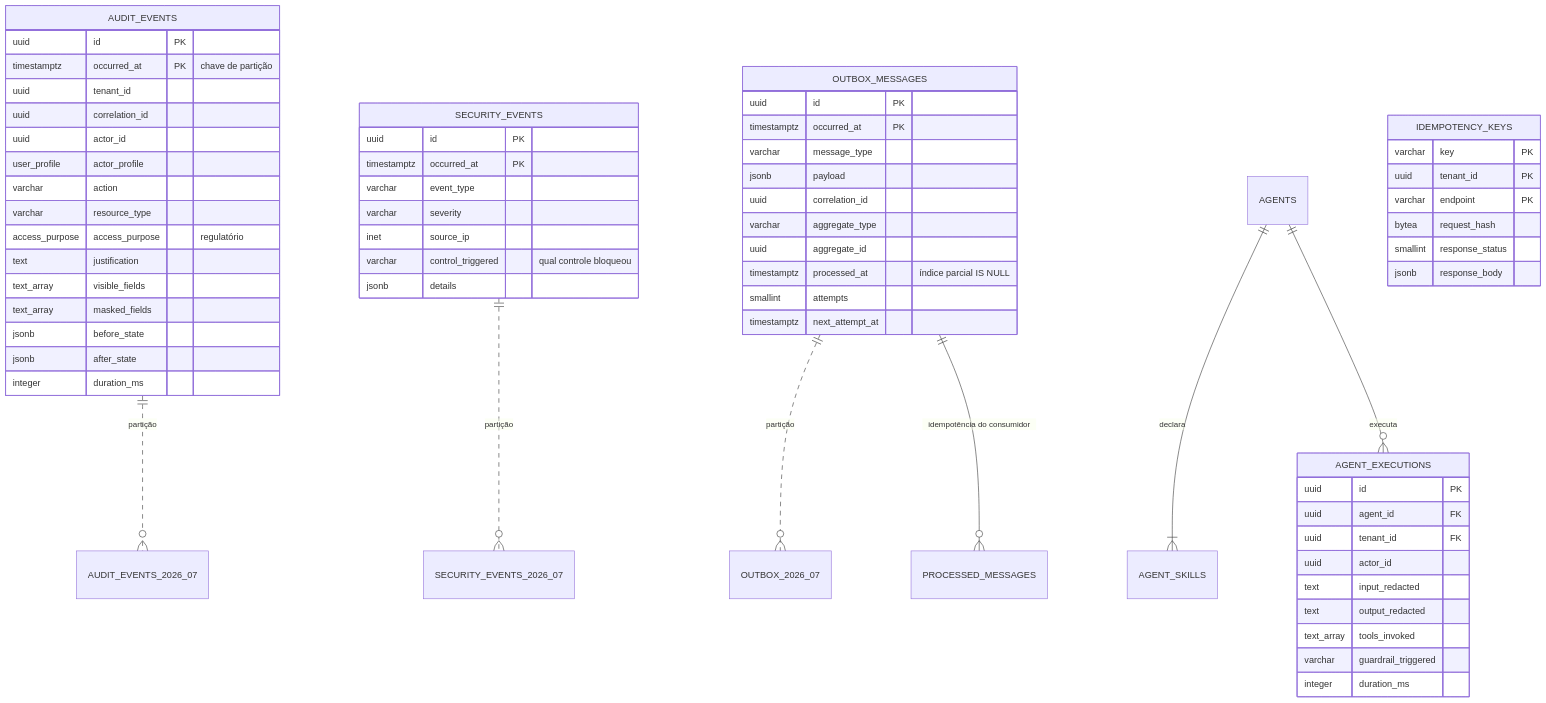
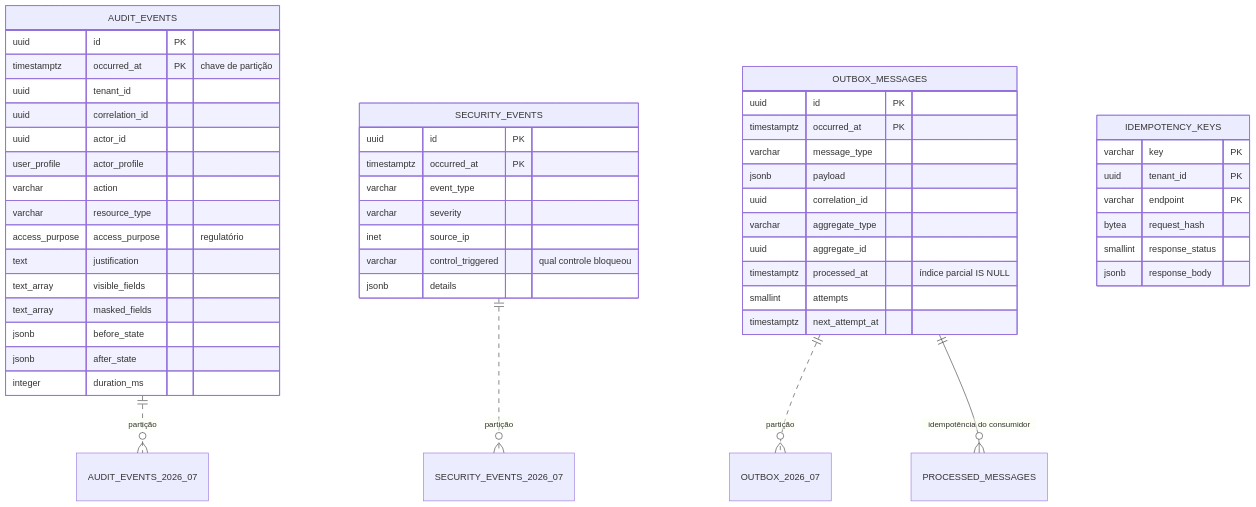
The fourth of 4 diagrams in docs/database/er-diagram.md (volksec/0009098), drawn with Mermaid before and after one commit. The commit also changed other lines of this file and 16 other files, not shown here.

````diff
--- a/docs/database/er-diagram.md
+++ b/docs/database/er-diagram.md
@@ -264,67 +264,54 @@
 ```mermaid
 erDiagram
     AUDIT_EVENTS    ||..o{ AUDIT_EVENTS_2026_07    : "partição"
     SECURITY_EVENTS ||..o{ SECURITY_EVENTS_2026_07 : "partição"
     OUTBOX_MESSAGES ||..o{ OUTBOX_2026_07          : "partição"
     OUTBOX_MESSAGES ||--o{ PROCESSED_MESSAGES      : "idempotência do consumidor"
-    AGENTS ||--|{ AGENT_SKILLS     : "declara"
-    AGENTS ||--o{ AGENT_EXECUTIONS : "executa"
 
     AUDIT_EVENTS {
         uuid id PK
         timestamptz occurred_at PK "chave de partição"
         uuid tenant_id
         uuid correlation_id
         uuid actor_id
         user_profile actor_profile
         varchar action
         varchar resource_type
         access_purpose access_purpose "regulatório"
         text justification
         text_array visible_fields
         text_array masked_fields
         jsonb before_state
         jsonb after_state
         integer duration_ms
     }
     SECURITY_EVENTS {
         uuid id PK
         timestamptz occurred_at PK
         varchar event_type
         varchar severity
         inet source_ip
         varchar control_triggered "qual controle bloqueou"
         jsonb details
     }
     OUTBOX_MESSAGES {
         uuid id PK
         timestamptz occurred_at PK
         varchar message_type
         jsonb payload
         uuid correlation_id
         varchar aggregate_type
         uuid aggregate_id
         timestamptz processed_at "índice parcial IS NULL"
         smallint attempts
         timestamptz next_attempt_at
     }
     IDEMPOTENCY_KEYS {
         varchar key PK
         uuid tenant_id PK
         varchar endpoint PK
         bytea request_hash
         smallint response_status
         jsonb response_body
     }
-    AGENT_EXECUTIONS {
-        uuid id PK
-        uuid agent_id FK
-        uuid tenant_id FK
-        uuid actor_id
-        text input_redacted
-        text output_redacted
-        text_array tools_invoked
-        varchar guardrail_triggered
-        integer duration_ms
-    }
 ```
````
